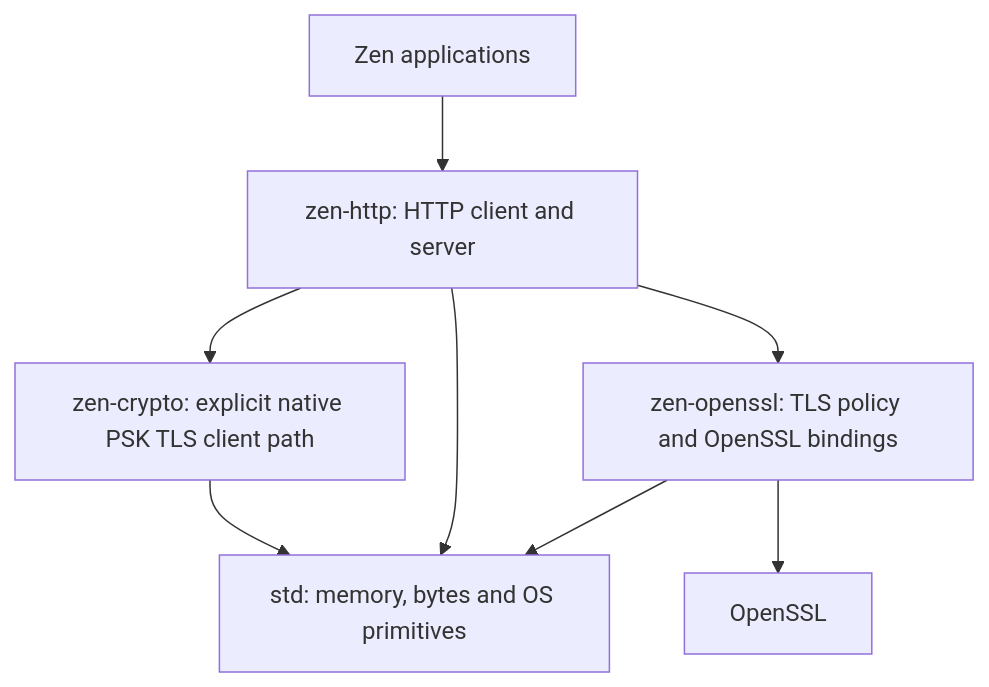
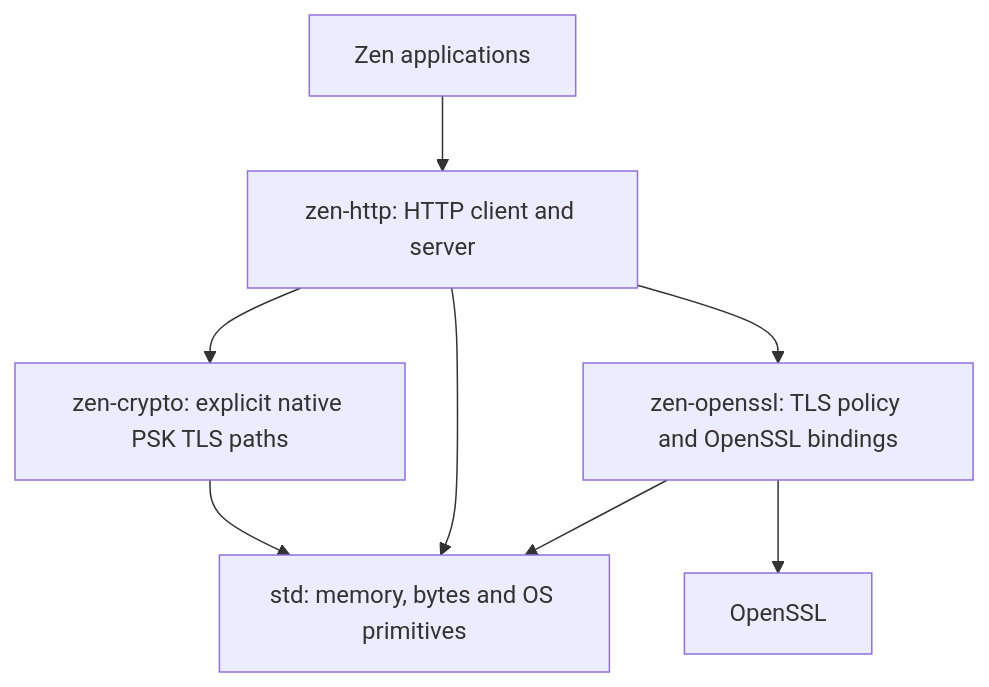
One commit to lantos1618/zen-http changed the diagram in README.md. Above: the diagram before and after it, drawn with Mermaid. The commit also changed other lines of this file and 15 other files, not shown here.

Commit message:
Serve native PSK HTTPS through the shared HTTP reactor

````diff
--- a/README.md
+++ b/README.md
@@ -13,10 +13,10 @@
 ```mermaid
 flowchart TD
     app[Zen applications] --> http[zen-http: HTTP client and server]
     http --> tls[zen-openssl: TLS policy and OpenSSL bindings]
-    http --> crypto[zen-crypto: explicit native PSK TLS client path]
+    http --> crypto[zen-crypto: explicit native PSK TLS paths]
     crypto --> std
     http --> std[std: memory, bytes and OS primitives]
     tls --> std
     tls --> native[OpenSSL]
 ```
````
